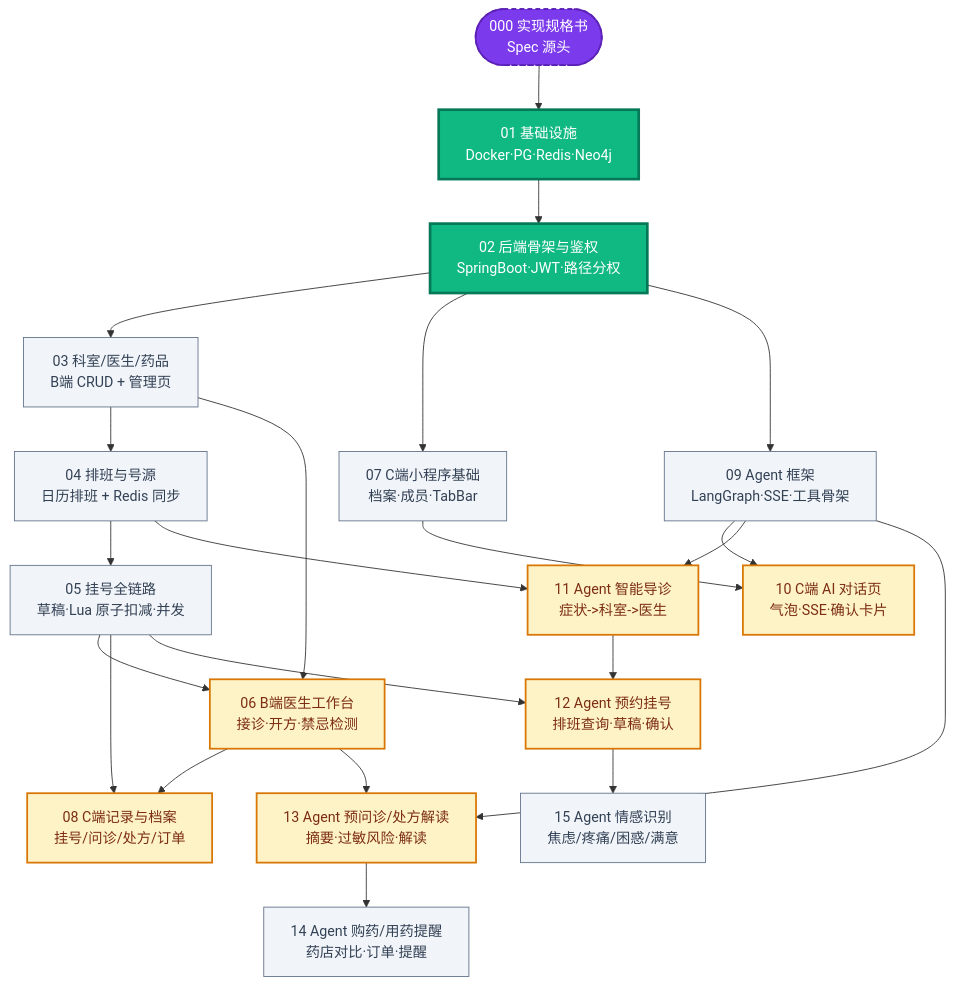
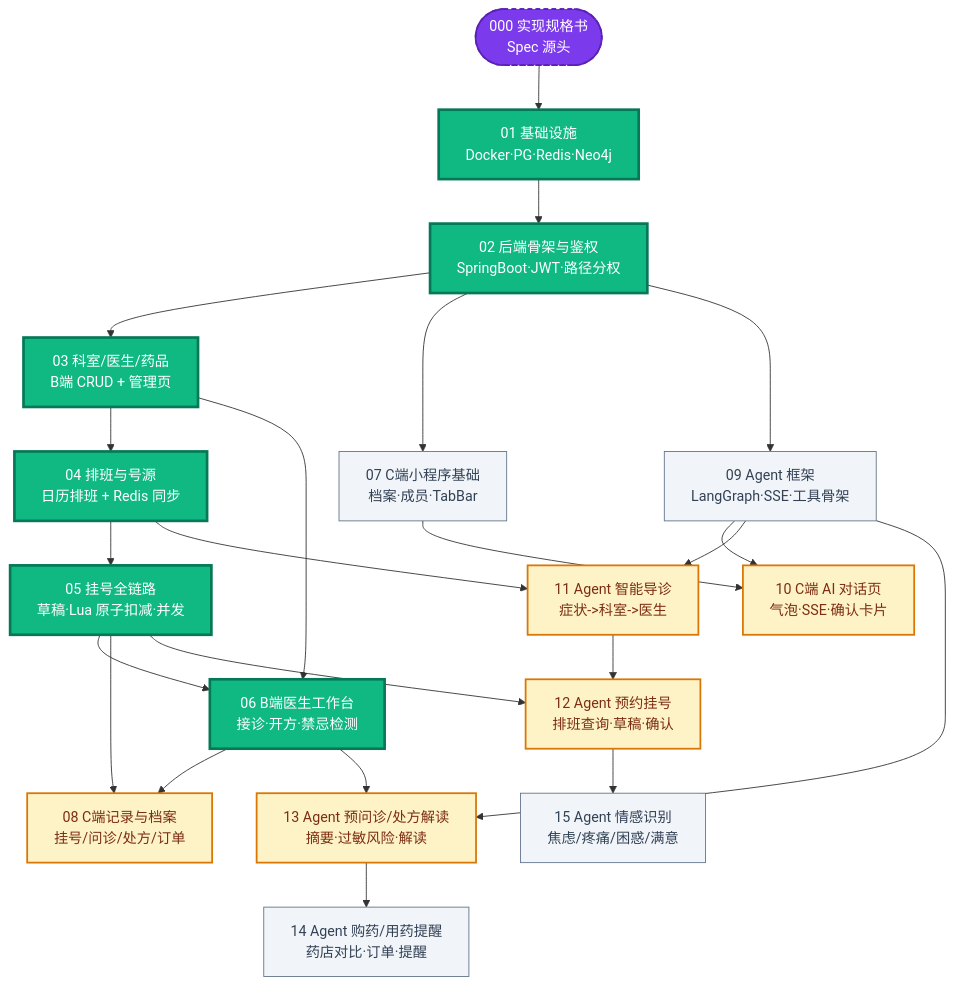
Before and after one commit to qingchen108/zhiyv: the first of 2 diagrams in docs/ticket-dependencies.md, drawn with Mermaid. The commit also changed other lines of this file and 43 other files, not shown here.

````diff
--- a/docs/ticket-dependencies.md
+++ b/docs/ticket-dependencies.md
@@ -17,51 +17,51 @@
 ```mermaid
 graph TD
     S(["000 实现规格书<br/>Spec 源头"])
     T01["01 基础设施<br/>Docker·PG·Redis·Neo4j"]
     T02["02 后端骨架与鉴权<br/>SpringBoot·JWT·路径分权"]
     T03["03 科室/医生/药品<br/>B端 CRUD + 管理页"]
     T04["04 排班与号源<br/>日历排班 + Redis 同步"]
     T05["05 挂号全链路<br/>草稿·Lua 原子扣减·并发"]
     T06["06 B端医生工作台<br/>接诊·开方·禁忌检测"]
     T07["07 C端小程序基础<br/>档案·成员·TabBar"]
     T08["08 C端记录与档案<br/>挂号/问诊/处方/订单"]
     T09["09 Agent 框架<br/>LangGraph·SSE·工具骨架"]
     T10["10 C端 AI 对话页<br/>气泡·SSE·确认卡片"]
     T11["11 Agent 智能导诊<br/>症状->科室->医生"]
     T12["12 Agent 预约挂号<br/>排班查询·草稿·确认"]
     T13["13 Agent 预问诊/处方解读<br/>摘要·过敏风险·解读"]
     T14["14 Agent 购药/用药提醒<br/>药店对比·订单·提醒"]
     T15["15 Agent 情感识别<br/>焦虑/疼痛/困惑/满意"]
 
     S --> T01
     T01 --> T02
     T02 --> T03
     T02 --> T07
     T02 --> T09
     T03 --> T04
     T04 --> T05
     T03 --> T06
     T05 --> T06
     T05 --> T08
     T06 --> T08
     T07 --> T10
     T09 --> T10
     T09 --> T11
     T04 --> T11
     T11 --> T12
     T05 --> T12
     T09 --> T13
     T06 --> T13
     T13 --> T14
     T12 --> T15
 
     classDef spec fill:#7c3aed,stroke:#5b21b6,color:#fff,stroke-width:2px,stroke-dasharray: 5 4
     classDef done fill:#10b981,stroke:#047857,color:#fff,stroke-width:3px
     classDef merge fill:#fef3c7,stroke:#d97706,color:#7c2d12,stroke-width:2px
     classDef todo fill:#f1f5f9,stroke:#64748b,color:#334155
 
     class S spec
-    class T01,T02 done
-    class T06,T08,T10,T11,T12,T13 merge
-    class T03,T04,T05,T07,T09,T14,T15 todo
+    class T01,T02,T03,T04,T05,T06 done
+    class T08,T10,T11,T12,T13 merge
+    class T07,T09,T14,T15 todo
 ```
````
